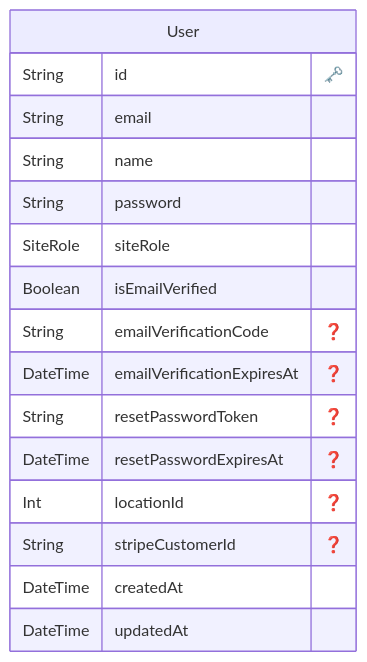
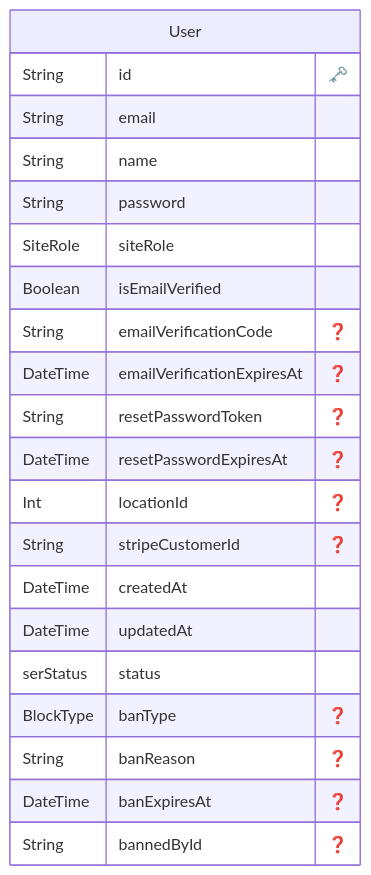
One commit to DoGood-org/dogood-docs changed the diagram in docs/diagrams/user.mmd. Above: the diagram before and after it, drawn with Mermaid. The commit also changed 7 other files, not shown here.

```diff
--- a/docs/diagrams/user.mmd
+++ b/docs/diagrams/user.mmd
@@ -1,17 +1,22 @@
 erDiagram
   "User" {
     String id "🗝️"
     String email
     String name
     String password
     SiteRole siteRole
     Boolean isEmailVerified
     String emailVerificationCode "❓"
     DateTime emailVerificationExpiresAt "❓"
     String resetPasswordToken "❓"
     DateTime resetPasswordExpiresAt "❓"
     Int locationId "❓"
     String stripeCustomerId "❓"
     DateTime createdAt
     DateTime updatedAt
+    serStatus status
+    BlockType banType "❓"
+    String banReason "❓"
+    DateTime banExpiresAt "❓"
+    String bannedById "❓"
   }
```
